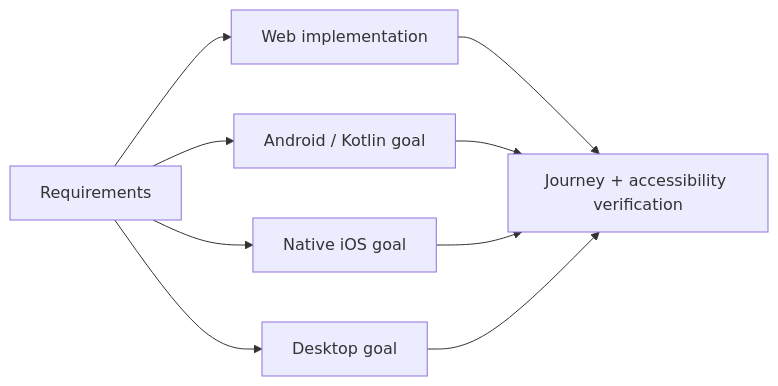
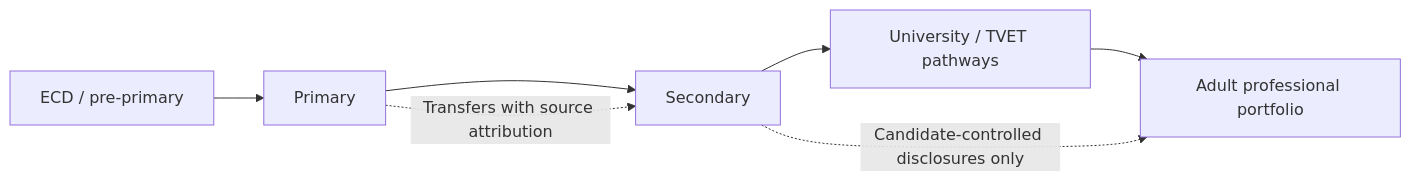
One commit to CayelaemJ/Training-and-Development-Hub changed the sixth of 6 diagrams in docs/PORTFOLIO_SHOWCASE.md. Above: the diagram before and after it, drawn with Mermaid. The commit also changed other lines of this file, not shown here.

Commit message:
docs: detail community hierarchy, AI orchestration and 12-module platform architecture

````diff
--- a/docs/PORTFOLIO_SHOWCASE.md
+++ b/docs/PORTFOLIO_SHOWCASE.md
@@ -36,11 +147,9 @@
 ```mermaid
 flowchart LR
- Requirements --> WebApp["Web implementation"]
- Requirements --> Android["Android / Kotlin goal"]
- Requirements --> IOS["Native iOS goal"]
- Requirements --> Desktop["Desktop goal"]
- WebApp --> Parity["Journey + accessibility verification"]
- Android --> Parity
- IOS --> Parity
- Desktop --> Parity
+  ECD["ECD / pre-primary"] --> PRIMARY["Primary"]
+  PRIMARY --> SECONDARY["Secondary"]
+  SECONDARY --> TERTIARY["University / TVET pathways"]
+  TERTIARY --> ADULT["Adult professional portfolio"]
+  PRIMARY -. "Transfers with source attribution" .-> SECONDARY
+  SECONDARY -. "Candidate-controlled disclosures only" .-> ADULT
 ```
````
